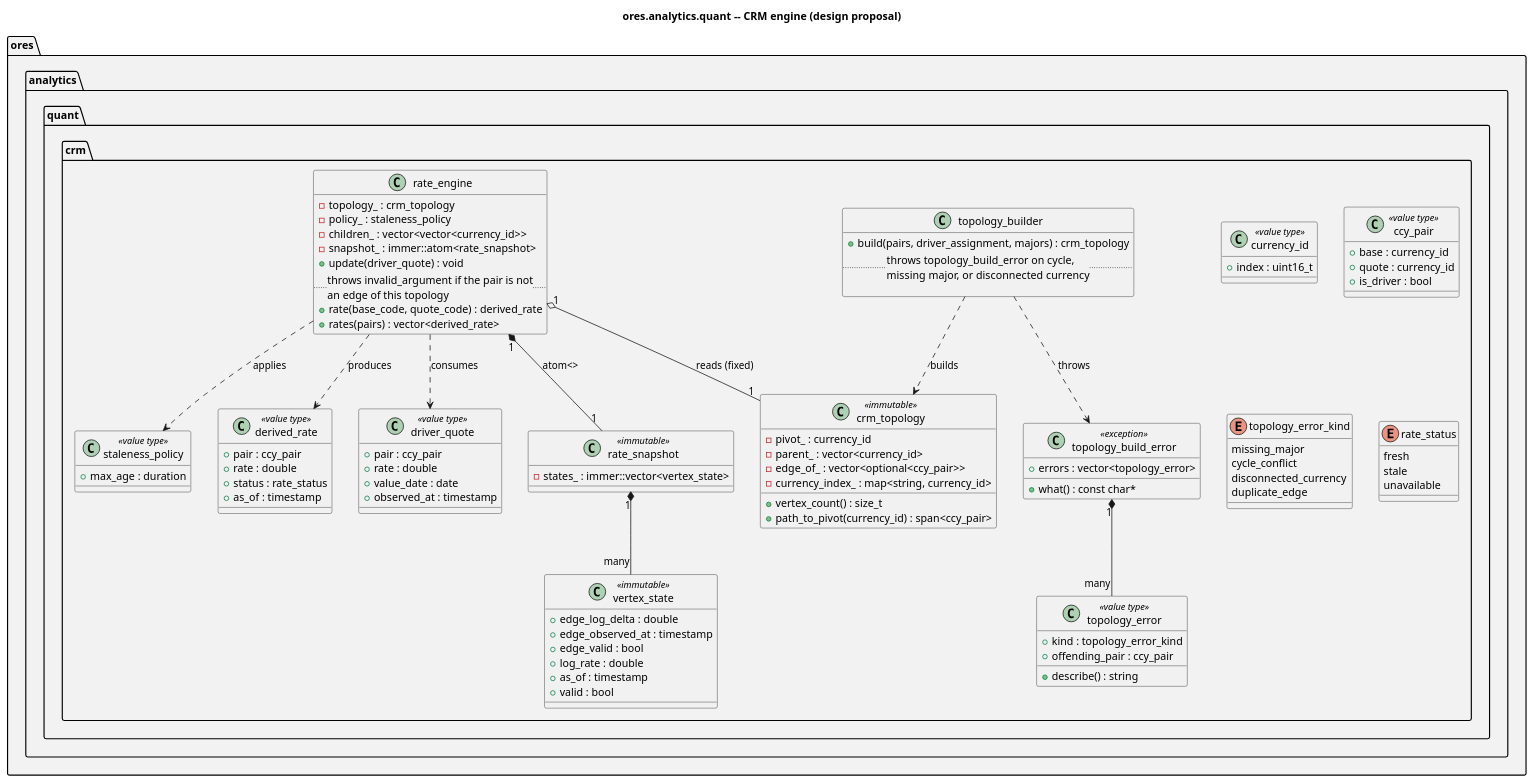
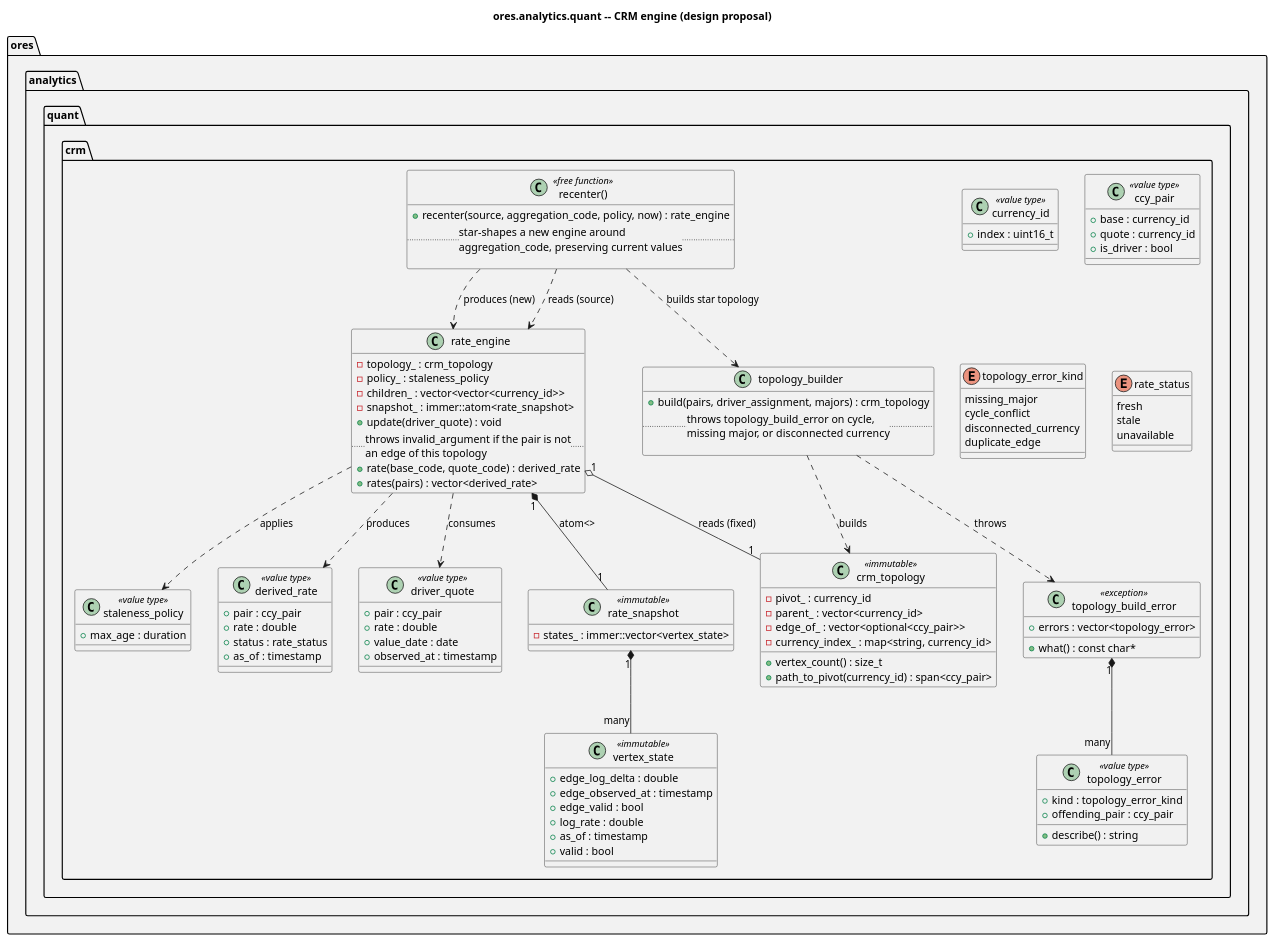
The diagram in projects/ores.analytics.quant/modeling/ores.analytics.quant.puml (OreStudio/OreStudio), drawn with PlantUML before and after one commit. The commit also changed 9 other files, not shown here.

```diff
--- a/projects/ores.analytics.quant/modeling/ores.analytics.quant.puml
+++ b/projects/ores.analytics.quant/modeling/ores.analytics.quant.puml
@@ -18,116 +18,124 @@
 @startuml
 
 title ores.analytics.quant -- CRM engine (design proposal)
 
 set namespaceSeparator ::
 
 namespace ores #F2F2F2 {
     namespace analytics #F2F2F2 {
         namespace quant #F2F2F2 {
             namespace crm #F2F2F2 {
 
                 class currency_id <<value type>> {
                     +index : uint16_t
                 }
 
                 class ccy_pair <<value type>> {
                     +base : currency_id
                     +quote : currency_id
                     +is_driver : bool
                 }
 
                 class driver_quote <<value type>> {
                     +pair : ccy_pair
                     +rate : double
                     +value_date : date
                     +observed_at : timestamp
                 }
 
                 enum topology_error_kind {
                     missing_major
                     cycle_conflict
                     disconnected_currency
                     duplicate_edge
                 }
 
                 class topology_error <<value type>> {
                     +kind : topology_error_kind
                     +offending_pair : ccy_pair
                     +describe() : string
                 }
 
                 class topology_build_error <<exception>> {
                     +errors : vector<topology_error>
                     +what() : const char*
                 }
 
                 class crm_topology <<immutable>> {
                     -pivot_ : currency_id
                     -parent_ : vector<currency_id>
                     -edge_of_ : vector<optional<ccy_pair>>
                     -currency_index_ : map<string, currency_id>
                     +vertex_count() : size_t
                     +path_to_pivot(currency_id) : span<ccy_pair>
                 }
 
                 class topology_builder {
                     +build(pairs, driver_assignment, majors) : crm_topology
                     .. throws topology_build_error on cycle,\nmissing major, or disconnected currency ..
                 }
 
                 enum rate_status {
                     fresh
                     stale
                     unavailable
                 }
 
                 class vertex_state <<immutable>> {
                     +edge_log_delta : double
                     +edge_observed_at : timestamp
                     +edge_valid : bool
                     +log_rate : double
                     +as_of : timestamp
                     +valid : bool
                 }
 
                 class rate_snapshot <<immutable>> {
                     -states_ : immer::vector<vertex_state>
                 }
 
                 class staleness_policy <<value type>> {
                     +max_age : duration
                 }
 
                 class derived_rate <<value type>> {
                     +pair : ccy_pair
                     +rate : double
                     +status : rate_status
                     +as_of : timestamp
                 }
 
                 class rate_engine {
                     -topology_ : crm_topology
                     -policy_ : staleness_policy
                     -children_ : vector<vector<currency_id>>
                     -snapshot_ : immer::atom<rate_snapshot>
                     +update(driver_quote) : void
                     .. throws invalid_argument if the pair is not\nan edge of this topology ..
                     +rate(base_code, quote_code) : derived_rate
                     +rates(pairs) : vector<derived_rate>
                 }
 
                 topology_builder ..> crm_topology : builds
                 topology_builder ..> topology_build_error : throws
                 topology_build_error "1" *-- "many" topology_error
                 rate_engine "1" o-- "1" crm_topology : reads (fixed)
                 rate_engine "1" *-- "1" rate_snapshot : atom<>
                 rate_snapshot "1" *-- "many" vertex_state
                 rate_engine ..> driver_quote : consumes
                 rate_engine ..> derived_rate : produces
                 rate_engine ..> staleness_policy : applies
+
+                class "recenter()" as recenter_fn <<free function>> {
+                    +recenter(source, aggregation_code, policy, now) : rate_engine
+                    .. star-shapes a new engine around\naggregation_code, preserving current values ..
+                }
+                recenter_fn ..> rate_engine : reads (source)
+                recenter_fn ..> topology_builder : builds star topology
+                recenter_fn ..> rate_engine : produces (new)
             }
         }
     }
 }
 
 @enduml
```
